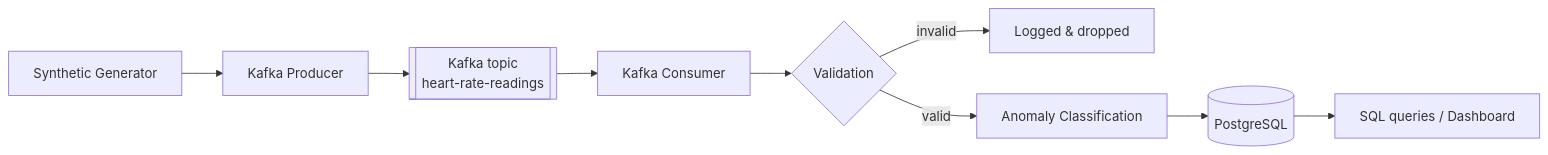
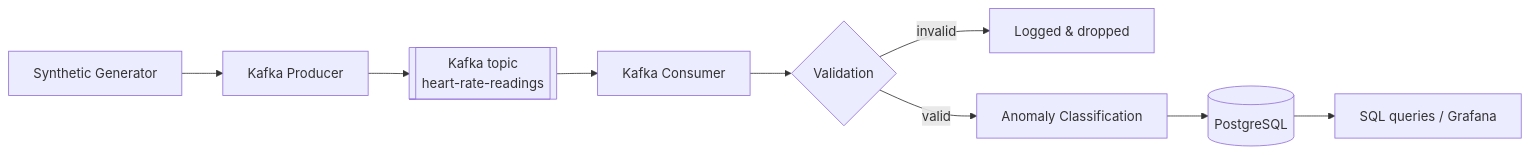
Before and after one commit to Latiah/Heart_Beat_Monitoring_System: the diagram in README.md, drawn with Mermaid. The commit also changed other lines of this file and 7 other files, not shown here.

````diff
--- a/README.md
+++ b/README.md
@@ -23,11 +9,11 @@
 ```mermaid
 flowchart LR
     A[Synthetic Generator] --> B[Kafka Producer]
     B --> C[["Kafka topic<br/>heart-rate-readings"]]
     C --> D[Kafka Consumer]
     D --> E{Validation}
     E -->|invalid| X[Logged & dropped]
     E -->|valid| F[Anomaly Classification]
     F --> G[("PostgreSQL")]
-    G --> H[SQL queries / Dashboard]
+    G --> H[SQL queries / Grafana]
 ```
````
